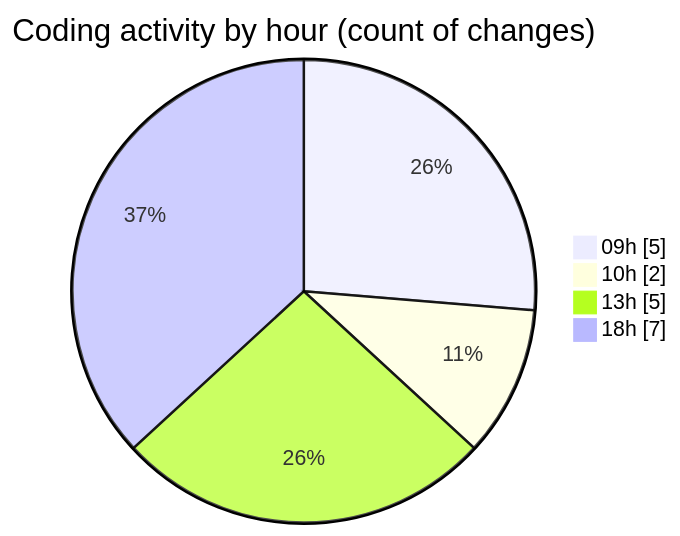
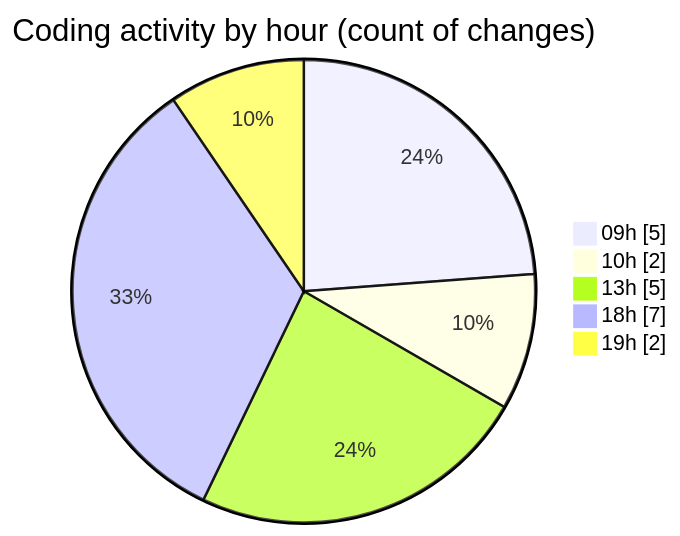
The second of 2 diagrams in 2025-08-10/fish/README.md (EIIisD/code-tracking), drawn with Mermaid before and after one commit. The commit also changed other lines of this file and 1 other file, not shown here.

````diff
--- a/2025-08-10/fish/README.md
+++ b/2025-08-10/fish/README.md
@@ -29,8 +31,9 @@
 ```mermaid
 pie showData
 title Coding activity by hour (count of changes)
 "09h" : 5
 "10h" : 2
 "13h" : 5
 "18h" : 7
+"19h" : 2
 ```
````
